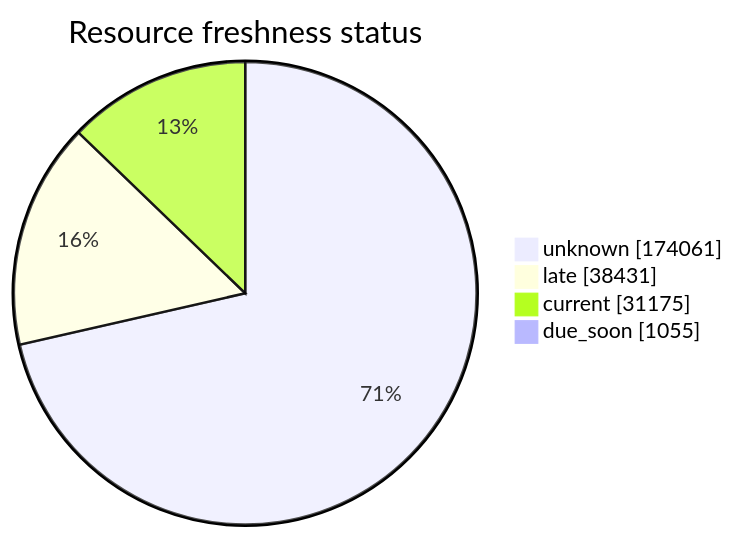
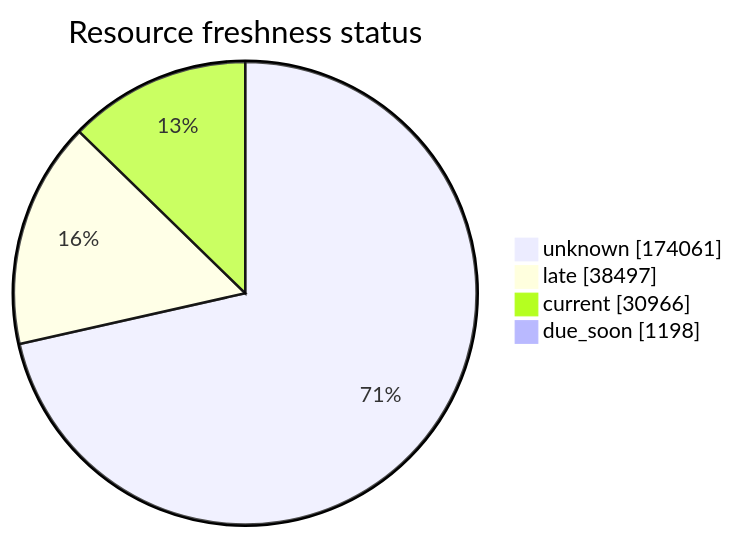
One commit to open-data/analytics-corporate-reporting changed the third of 5 diagrams in FreshCheck/README.md. Above: the diagram before and after it, drawn with Mermaid. The commit also changed other lines of this file and 3 other files, not shown here.

````diff
--- a/FreshCheck/README.md
+++ b/FreshCheck/README.md
@@ -77,7 +77,7 @@
 ```mermaid
 pie showData title Resource freshness status
     "unknown": 174061
-    "late": 38431
-    "current": 31175
-    "due_soon": 1055
+    "late": 38497
+    "current": 30966
+    "due_soon": 1198
 ```
````
